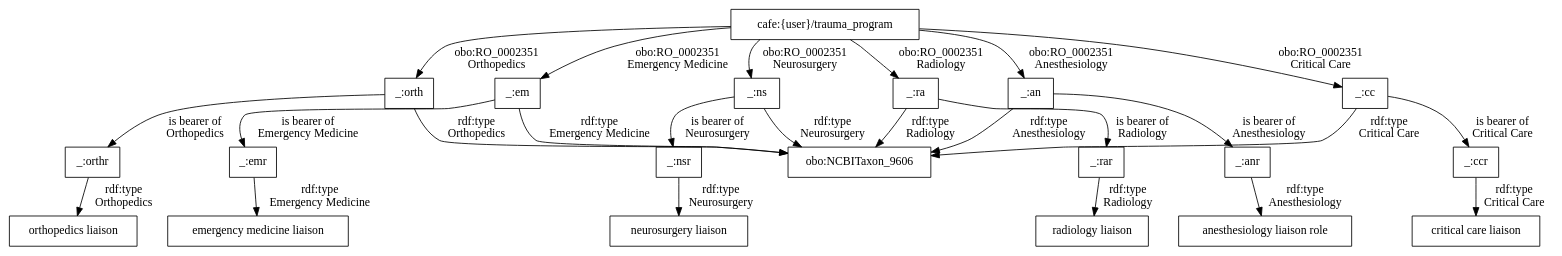
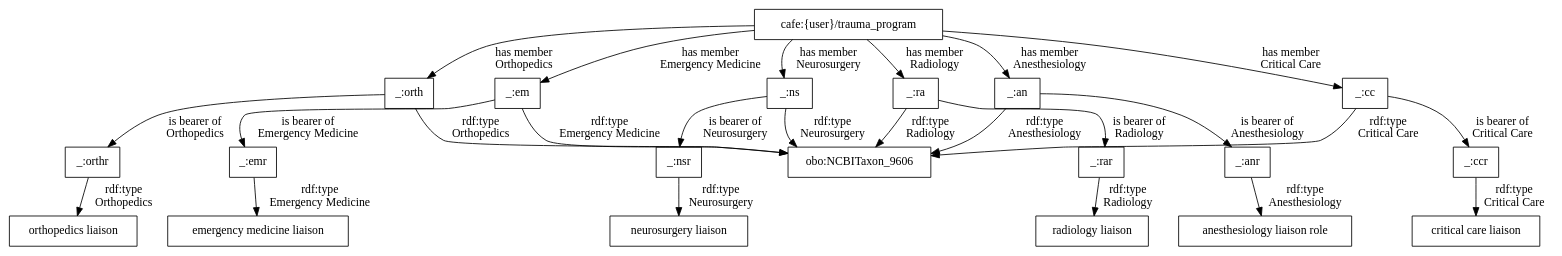
One commit to utecht/dideo-server changed the diagram in cafe/graphs/37.dot. Above: the diagram before and after it, drawn with Graphviz. The commit also changed 9 other files, not shown here.

Commit message:
update generate graphs to remove fake predicates

```diff
--- a/cafe/graphs/37.dot
+++ b/cafe/graphs/37.dot
@@ -1,51 +1,51 @@
 digraph g { node [shape=rectangle];
 graph [splines=true, nodesep=.5, ranksep=0, overlap=false];
-"cafe:{user}/trauma_program" -> "_:em" [label="obo:RO_0002351
+"cafe:{user}/trauma_program" -> "_:em" [label="has member
 Emergency Medicine"]
 "_:em" -> "obo:NCBITaxon_9606" [label="rdf:type
 Emergency Medicine"]
 "_:em" -> "_:emr" [label="is bearer of
 Emergency Medicine"]
 "_:emr" -> "emergency medicine liaison" [label="rdf:type
 Emergency Medicine"]
-"cafe:{user}/trauma_program" -> "_:orth" [label="obo:RO_0002351
+"cafe:{user}/trauma_program" -> "_:orth" [label="has member
 Orthopedics"]
 "_:orth" -> "obo:NCBITaxon_9606" [label="rdf:type
 Orthopedics"]
 "_:orth" -> "_:orthr" [label="is bearer of
 Orthopedics"]
 "_:orthr" -> "orthopedics liaison" [label="rdf:type
 Orthopedics"]
-"cafe:{user}/trauma_program" -> "_:ns" [label="obo:RO_0002351
+"cafe:{user}/trauma_program" -> "_:ns" [label="has member
 Neurosurgery"]
 "_:ns" -> "obo:NCBITaxon_9606" [label="rdf:type
 Neurosurgery"]
 "_:ns" -> "_:nsr" [label="is bearer of
 Neurosurgery"]
 "_:nsr" -> "neurosurgery liaison" [label="rdf:type
 Neurosurgery"]
-"cafe:{user}/trauma_program" -> "_:an" [label="obo:RO_0002351
+"cafe:{user}/trauma_program" -> "_:an" [label="has member
 Anesthesiology"]
 "_:an" -> "obo:NCBITaxon_9606" [label="rdf:type
 Anesthesiology"]
 "_:an" -> "_:anr" [label="is bearer of
 Anesthesiology"]
 "_:anr" -> "anesthesiology liaison role" [label="rdf:type
 Anesthesiology"]
-"cafe:{user}/trauma_program" -> "_:cc" [label="obo:RO_0002351
+"cafe:{user}/trauma_program" -> "_:cc" [label="has member
 Critical Care"]
 "_:cc" -> "obo:NCBITaxon_9606" [label="rdf:type
 Critical Care"]
 "_:cc" -> "_:ccr" [label="is bearer of
 Critical Care"]
 "_:ccr" -> "critical care liaison" [label="rdf:type
 Critical Care"]
-"cafe:{user}/trauma_program" -> "_:ra" [label="obo:RO_0002351
+"cafe:{user}/trauma_program" -> "_:ra" [label="has member
 Radiology"]
 "_:ra" -> "obo:NCBITaxon_9606" [label="rdf:type
 Radiology"]
 "_:ra" -> "_:rar" [label="is bearer of
 Radiology"]
 "_:rar" -> "radiology liaison" [label="rdf:type
 Radiology"]
 }
```
